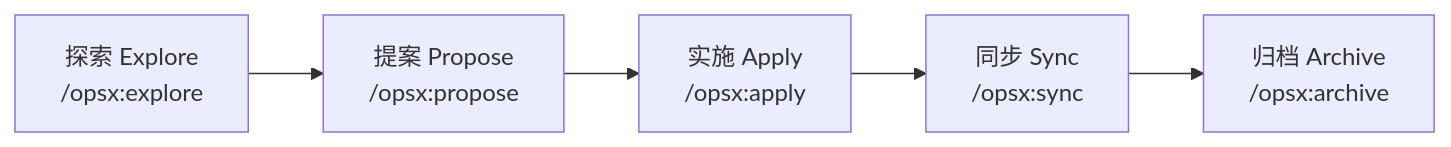
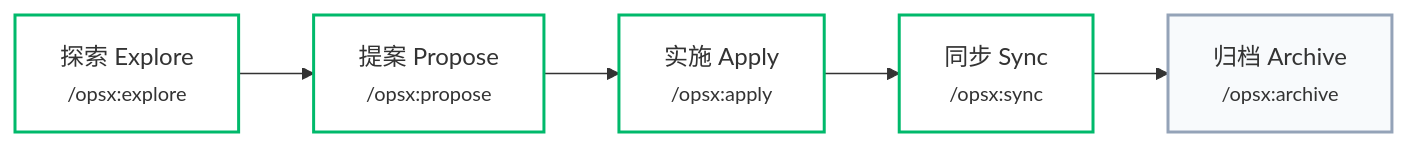
Before and after one commit to jkang/openspec-example: the first of 3 diagrams in learning-sdd/TALK_PRD_TO_SPECS.md, drawn with Mermaid. The commit also changed other lines of this file and 1 other file, not shown here.

Commit message:
update flow

````diff
--- a/learning-sdd/TALK_PRD_TO_SPECS.md
+++ b/learning-sdd/TALK_PRD_TO_SPECS.md
@@ -49,7 +49,13 @@
 ```mermaid
 graph LR
-    A[探索 Explore<br/>/opsx:explore] --> B[提案 Propose<br/>/opsx:propose]
-    B --> C[实施 Apply<br/>/opsx:apply]
-    C --> D[同步 Sync<br/>/opsx:sync]
-    D --> E[归档 Archive<br/>/opsx:archive]
+    A[探索 Explore<br/><small>/opsx:explore</small>] --> B[提案 Propose<br/><small>/opsx:propose</small>]
+    B --> C[实施 Apply<br/><small>/opsx:apply</small>]
+    C --> D[同步 Sync<br/><small>/opsx:sync</small>]
+    D --> E[归档 Archive<br/><small>/opsx:archive</small>]
+
+    style A fill:#fff,stroke:#00b96b,stroke-width:2px
+    style B fill:#fff,stroke:#00b96b,stroke-width:2px
+    style C fill:#fff,stroke:#00b96b,stroke-width:2px
+    style D fill:#fff,stroke:#00b96b,stroke-width:2px
+    style E fill:#f8fafc,stroke:#94a3b8,stroke-width:2px
 ```
````
